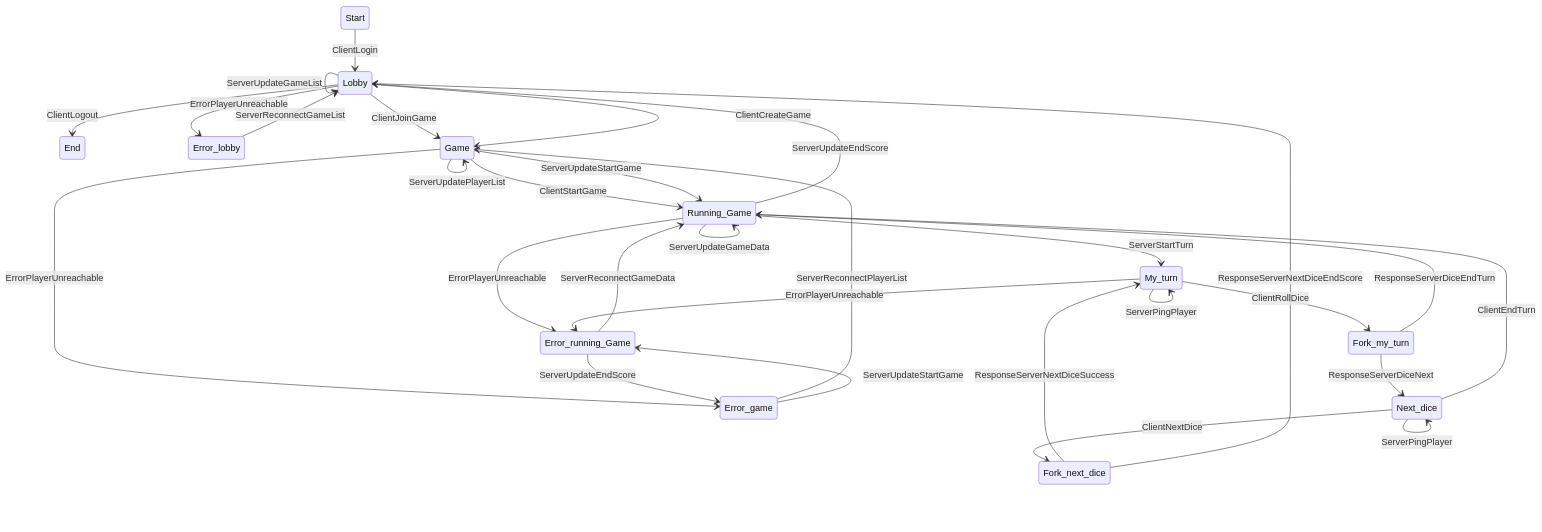
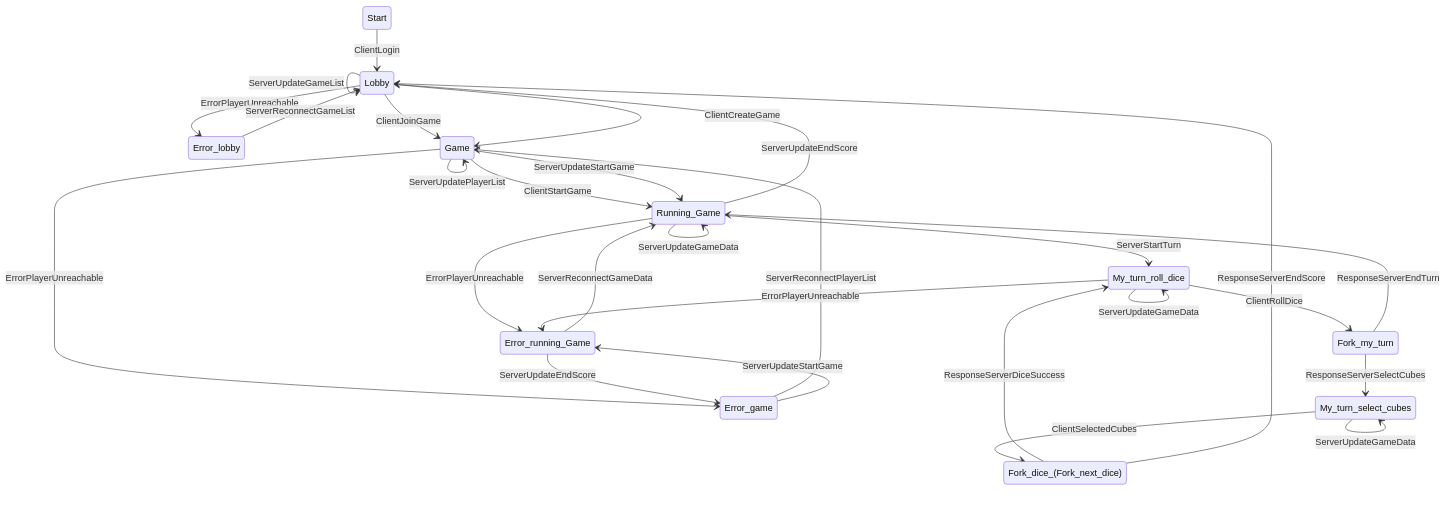
Before and after one commit to cernyfili/FAV_UPS_semestralka_ZS_23_24: the first of 2 diagrams in GameServer/docs/server_stavy.md, drawn with Mermaid. The commit also changed other lines of this file and 20 other files, not shown here.

````diff
--- a/GameServer/docs/server_stavy.md
+++ b/GameServer/docs/server_stavy.md
@@ -338,42 +342,42 @@
 ```mermaid
 stateDiagram
   Start --> Lobby: ClientLogin
   
-  Lobby --> End: ClientLogout
   Lobby --> Lobby: ServerUpdateGameList
   Lobby --> Game: ClientJoinGame
   Lobby --> Game: ClientCreateGame
   Lobby --> Error_lobby: ErrorPlayerUnreachable
 
   Error_lobby --> Lobby: ServerReconnectGameList
   
   Game --> Running_Game: ClientStartGame
   Game --> Running_Game: ServerUpdateStartGame
   Game --> Game: ServerUpdatePlayerList
   Game --> Error_game: ErrorPlayerUnreachable
   
   Error_game --> Game: ServerReconnectPlayerList
   Error_game --> Error_running_Game: ServerUpdateStartGame
 
   Running_Game --> Lobby: ServerUpdateEndScore
-  Running_Game --> My_turn: ServerStartTurn
+  Running_Game --> My_turn_roll_dice: ServerStartTurn
   Running_Game --> Running_Game: ServerUpdateGameData
   Running_Game --> Error_running_Game: ErrorPlayerUnreachable
   
   Error_running_Game --> Running_Game: ServerReconnectGameData
   Error_running_Game --> Error_game: ServerUpdateEndScore
 
-  My_turn --> Fork_my_turn: ClientRollDice
-  My_turn --> My_turn: ServerPingPlayer
-  My_turn --> Error_running_Game: ErrorPlayerUnreachable
+  My_turn_roll_dice --> Fork_my_turn: ClientRollDice
+  My_turn_roll_dice --> My_turn_roll_dice: ServerPingPlayer
+  My_turn_roll_dice --> My_turn_roll_dice: ServerUpdateGameData
+  My_turn_roll_dice --> Error_running_Game: ErrorPlayerUnreachable
   
-  Fork_my_turn --> Running_Game: ResponseServerDiceEndTurn
-  Fork_my_turn --> Next_dice: ResponseServerDiceNext
+  Fork_my_turn --> Running_Game: ResponseServerEndTurn
+  Fork_my_turn --> My_turn_select_cubes: ResponseServerSelectCubes
 
-  Next_dice --> Running_Game: ClientEndTurn
-  Next_dice --> Fork_next_dice: ClientNextDice
-  Next_dice --> Next_dice: ServerPingPlayer
+  My_turn_select_cubes --> Fork_dice_(Fork_next_dice): ClientSelectedCubes
+  My_turn_select_cubes --> My_turn_select_cubes: ServerPingPlayer
+  My_turn_select_cubes --> My_turn_select_cubes: ServerUpdateGameData
   
-  Fork_next_dice --> My_turn: ResponseServerNextDiceSuccess
-  Fork_next_dice --> Lobby: ResponseServerNextDiceEndScore
+  Fork_dice_(Fork_next_dice) --> My_turn_roll_dice: ResponseServerDiceSuccess
+  Fork_dice_(Fork_next_dice) --> Lobby: ResponseServerEndScore
 ```
````
